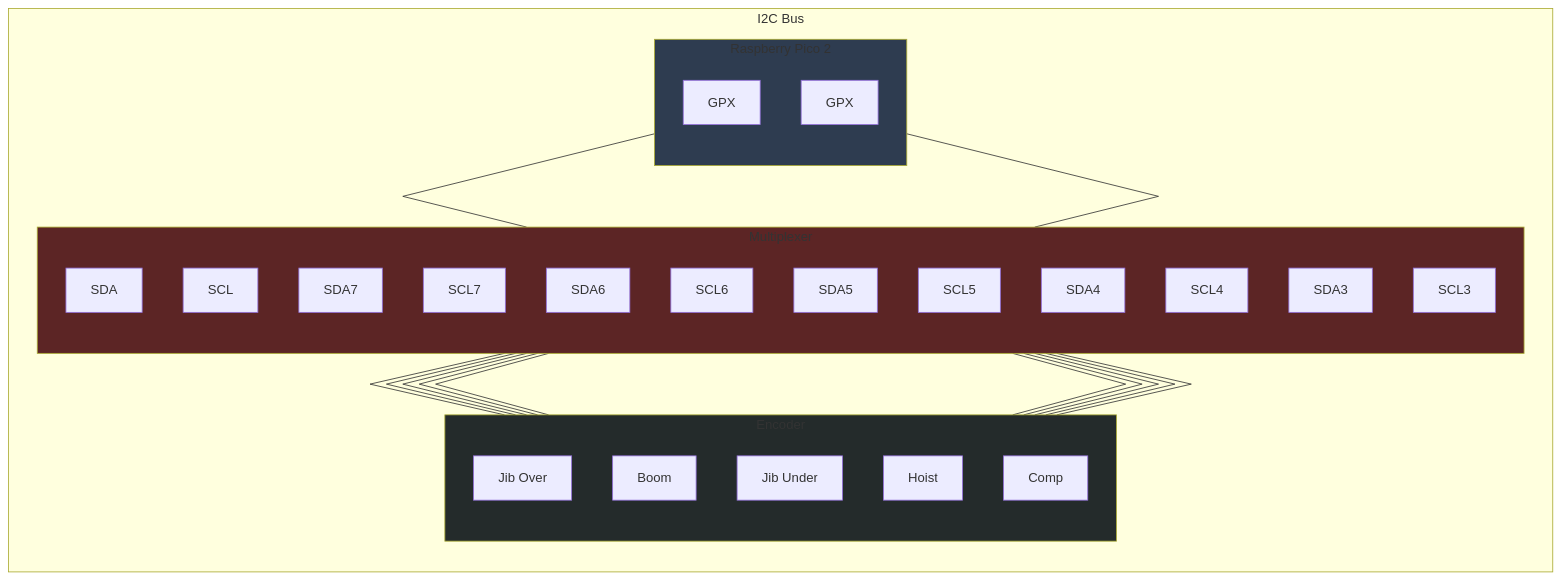
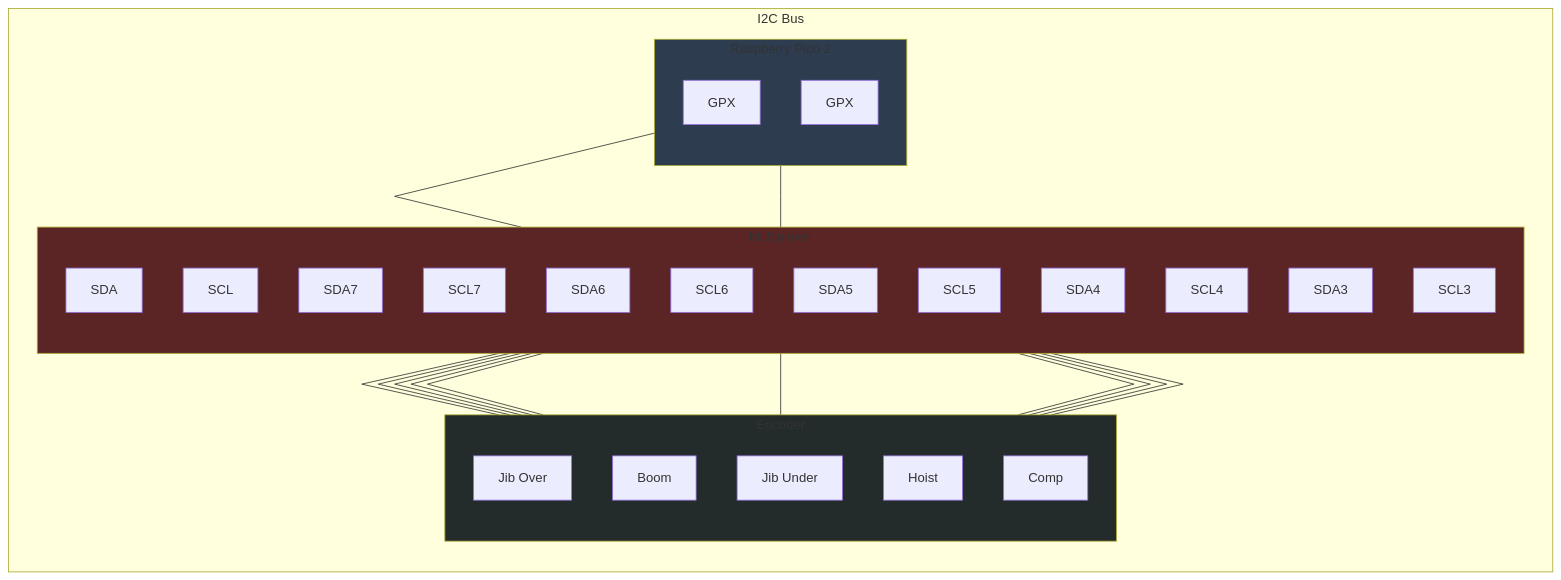
Before and after one commit to lyngstad-armin/scale-crane-electric-wire-luffing: the second of 5 diagrams in README_typhora.md, drawn with Mermaid.

Commit message:
You know the drill by now

````diff
--- a/README_typhora.md
+++ b/README_typhora.md
@@ -119,7 +119,7 @@
 ```mermaid
 %%{init: {'flowchart': {'curve': 'linear'}}}%%
 
-flowchart TB
+flowchart LR
 
 
 
@@ -172,7 +172,8 @@
     ENC5[Comp]
 end
 
-
+PICO --- MPX --- ENC
+linkStyle 0,1 display:none
 
 %% FORMATTING
     %%MT1[" "]
@@ -188,7 +189,6 @@
 SCL --- MP_2
 %%V --- V1
 %%GND --- GND1
-
 
 %% MULTIPLEXER TO ENCODERS
 SDA7 & SCL7 --- ENC1
````
